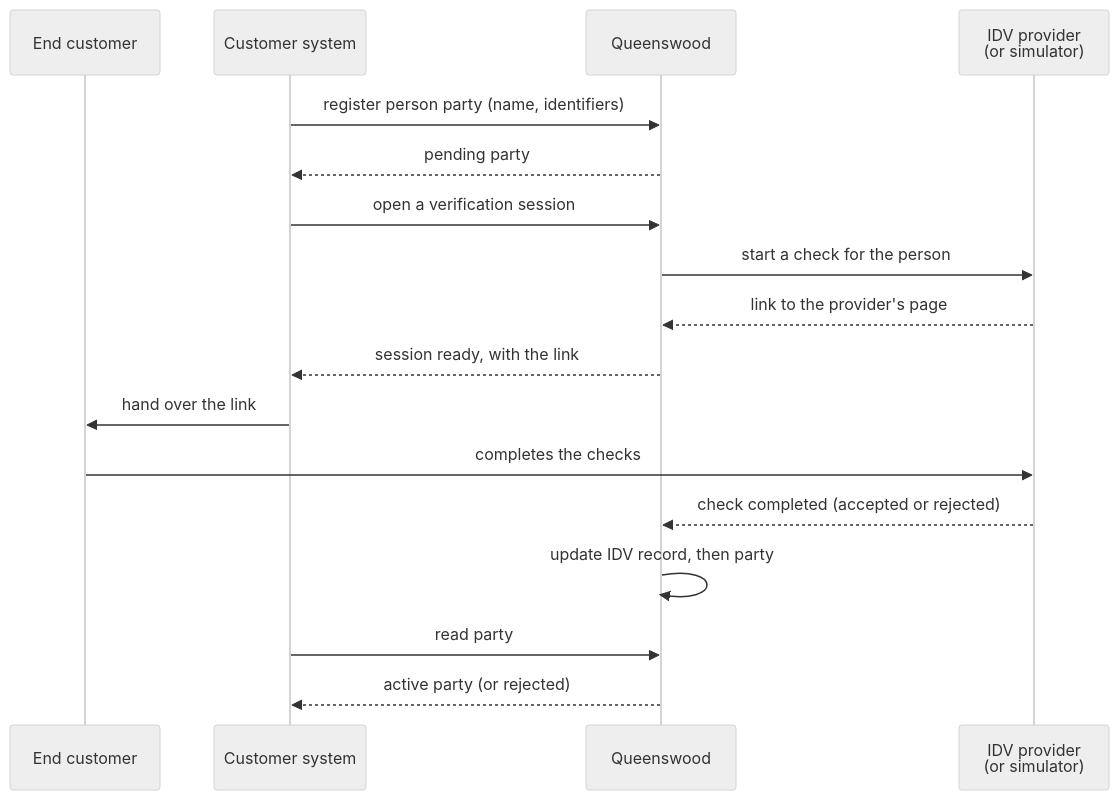
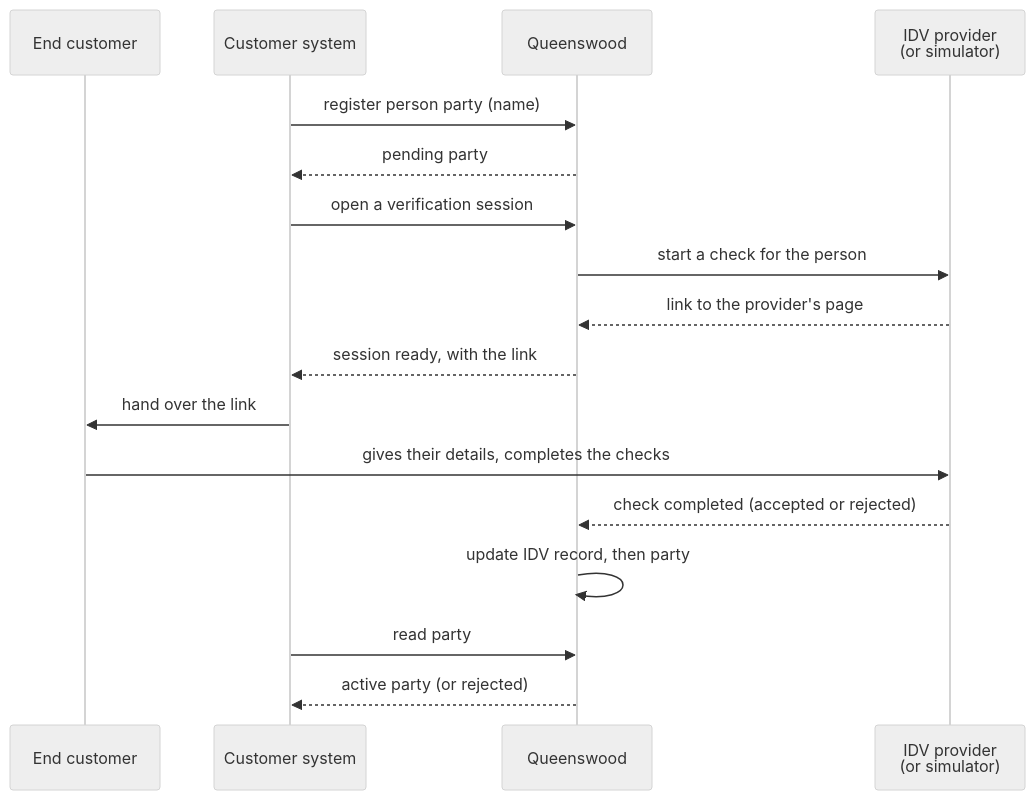
Before and after one commit to repldriven/queenswood: the first of 2 diagrams in docs/prd/parties.md, drawn with Mermaid (neutral theme). The commit also changed other lines of this file and 187 other files, not shown here.

````diff
--- a/docs/prd/parties.md
+++ b/docs/prd/parties.md
@@ -205,20 +222,20 @@
 ```mermaid
 sequenceDiagram
     participant E as End customer
     participant T as Customer system
     participant Q as Queenswood
     participant I as IDV provider<br/>(or simulator)
 
-    T->>Q: register person party (name, identifiers)
+    T->>Q: register person party (name)
     Q-->>T: pending party
     T->>Q: open a verification session
     Q->>I: start a check for the person
     I-->>Q: link to the provider's page
     Q-->>T: session ready, with the link
     T->>E: hand over the link
-    E->>I: completes the checks
+    E->>I: gives their details, completes the checks
     I-->>Q: check completed (accepted or rejected)
     Q->>Q: update IDV record, then party
     T->>Q: read party
     Q-->>T: active party (or rejected)
 ```
````
